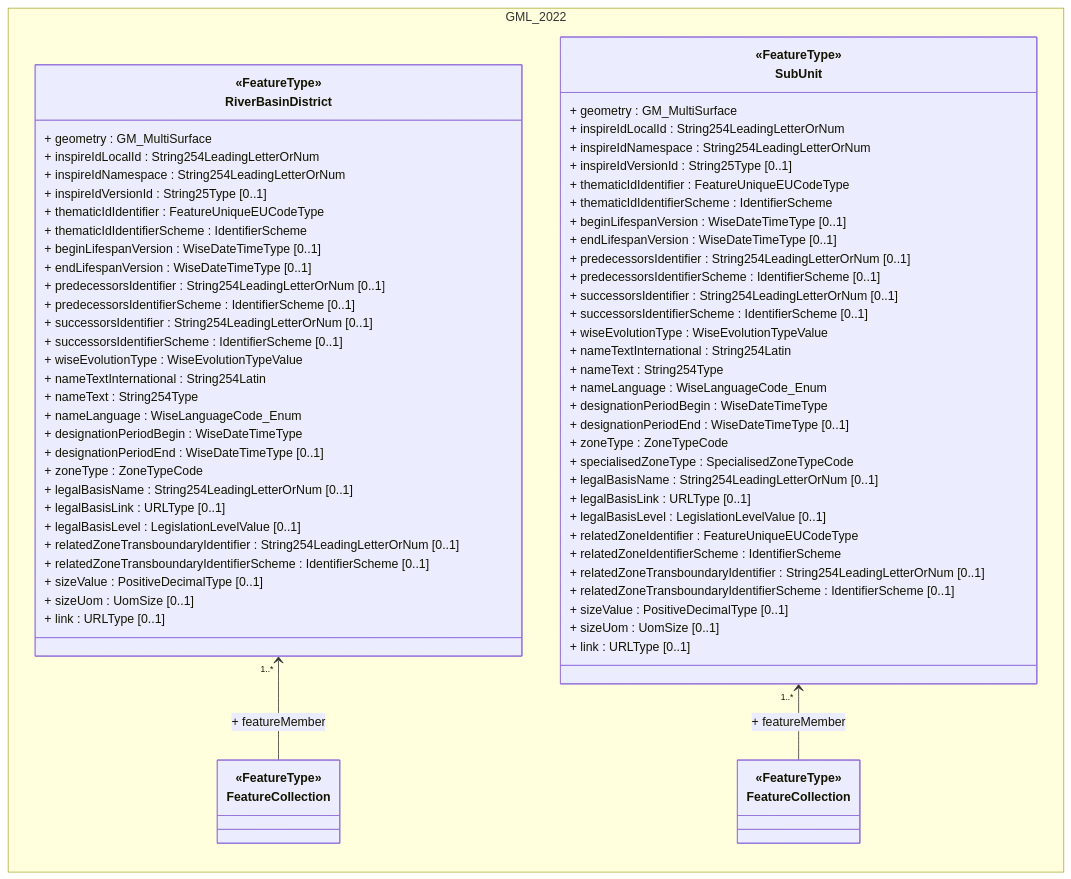
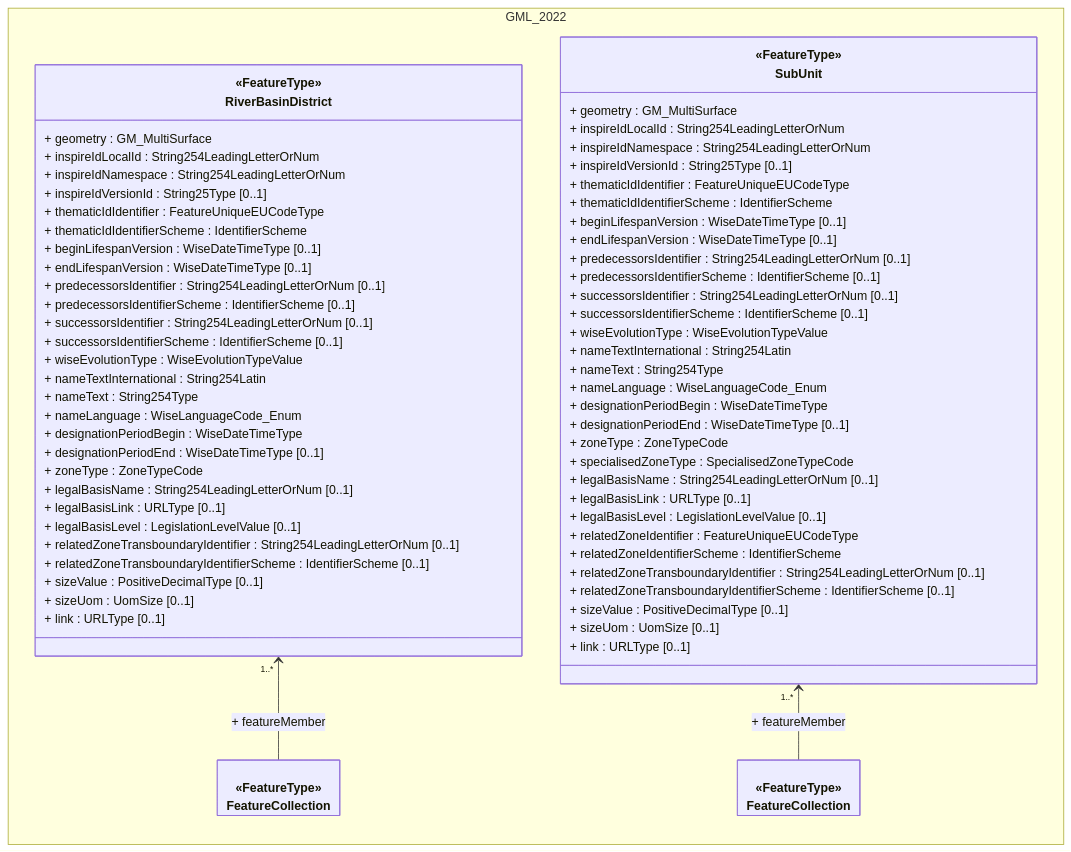
One commit to eeadata/WISE.WFD.Documentation changed the diagram in docs/DataModelReview/mmd/RBDCA_3rdCycle_GML_ClassDiagram.mmd. Above: the diagram before and after it, drawn with Mermaid. The commit also changed 6 other files, not shown here.

Commit message:
RBD & CA - Corrections to layout of Mermaid diagrams.

```diff
--- a/docs/DataModelReview/mmd/RBDCA_3rdCycle_GML_ClassDiagram.mmd
+++ b/docs/DataModelReview/mmd/RBDCA_3rdCycle_GML_ClassDiagram.mmd
@@ -1,79 +1,85 @@
-%%{init : {'theme' : 'default'}}%%
+---
+config:
+  class:
+    hideEmptyMembersBox: true
+  layout: dagre
+  theme: default
+---
 classDiagram
 direction LR
 namespace GML_2022{
 class RiverBasinDistrict["«FeatureType»
 RiverBasinDistrict"] {
 + geometry : GM_MultiSurface
 + inspireIdLocalId : String254LeadingLetterOrNum
 + inspireIdNamespace : String254LeadingLetterOrNum
 + inspireIdVersionId : String25Type [0..1]
 + thematicIdIdentifier : FeatureUniqueEUCodeType
 + thematicIdIdentifierScheme : IdentifierScheme
 + beginLifespanVersion : WiseDateTimeType [0..1]
 + endLifespanVersion : WiseDateTimeType [0..1]
 + predecessorsIdentifier : String254LeadingLetterOrNum [0..1]
 + predecessorsIdentifierScheme : IdentifierScheme [0..1]
 + successorsIdentifier : String254LeadingLetterOrNum [0..1]
 + successorsIdentifierScheme : IdentifierScheme [0..1]
 + wiseEvolutionType : WiseEvolutionTypeValue
 + nameTextInternational : String254Latin
 + nameText : String254Type
 + nameLanguage : WiseLanguageCode_Enum
 + designationPeriodBegin : WiseDateTimeType
 + designationPeriodEnd : WiseDateTimeType [0..1]
 + zoneType : ZoneTypeCode
 + legalBasisName : String254LeadingLetterOrNum [0..1]
 + legalBasisLink : URLType [0..1]
 + legalBasisLevel : LegislationLevelValue [0..1]
 + relatedZoneTransboundaryIdentifier : String254LeadingLetterOrNum [0..1]
 + relatedZoneTransboundaryIdentifierScheme : IdentifierScheme [0..1]
 + sizeValue : PositiveDecimalType [0..1]
 + sizeUom : UomSize [0..1]
 + link : URLType [0..1]
 }
 
 class FeatureCollectionRBD["«FeatureType»
 FeatureCollection"] {
 }
 
 class SubUnit["«FeatureType»
 SubUnit"] {
 + geometry : GM_MultiSurface
 + inspireIdLocalId : String254LeadingLetterOrNum
 + inspireIdNamespace : String254LeadingLetterOrNum
 + inspireIdVersionId : String25Type [0..1]
 + thematicIdIdentifier : FeatureUniqueEUCodeType
 + thematicIdIdentifierScheme : IdentifierScheme
 + beginLifespanVersion : WiseDateTimeType [0..1]
 + endLifespanVersion : WiseDateTimeType [0..1]
 + predecessorsIdentifier : String254LeadingLetterOrNum [0..1]
 + predecessorsIdentifierScheme : IdentifierScheme [0..1]
 + successorsIdentifier : String254LeadingLetterOrNum [0..1]
 + successorsIdentifierScheme : IdentifierScheme [0..1]
 + wiseEvolutionType : WiseEvolutionTypeValue
 + nameTextInternational : String254Latin
 + nameText : String254Type
 + nameLanguage : WiseLanguageCode_Enum
 + designationPeriodBegin : WiseDateTimeType
 + designationPeriodEnd : WiseDateTimeType [0..1]
 + zoneType : ZoneTypeCode
 + specialisedZoneType : SpecialisedZoneTypeCode
 + legalBasisName : String254LeadingLetterOrNum [0..1]
 + legalBasisLink : URLType [0..1]
 + legalBasisLevel : LegislationLevelValue [0..1]
 + relatedZoneIdentifier : FeatureUniqueEUCodeType
 + relatedZoneIdentifierScheme : IdentifierScheme
 + relatedZoneTransboundaryIdentifier : String254LeadingLetterOrNum [0..1]
 + relatedZoneTransboundaryIdentifierScheme : IdentifierScheme [0..1]
 + sizeValue : PositiveDecimalType [0..1]
 + sizeUom : UomSize [0..1]
 + link : URLType [0..1]
 }
 
 class FeatureCollectionSU["«FeatureType»
 FeatureCollection"] {
 }
 }
 RiverBasinDistrict "1..*" <-- FeatureCollectionRBD  : + featureMember
 SubUnit "1..*" <-- FeatureCollectionSU  : + featureMember
```
